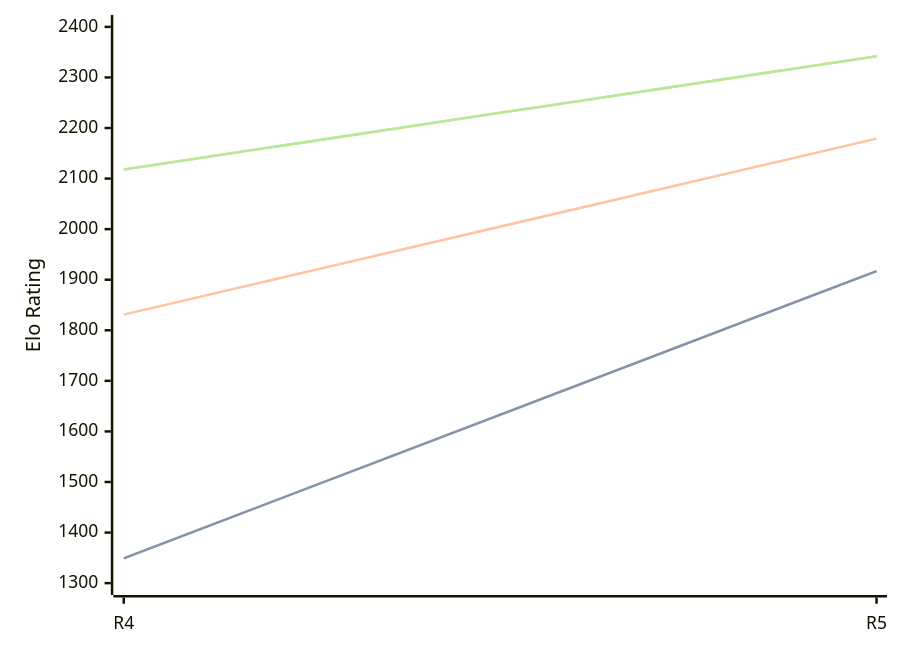
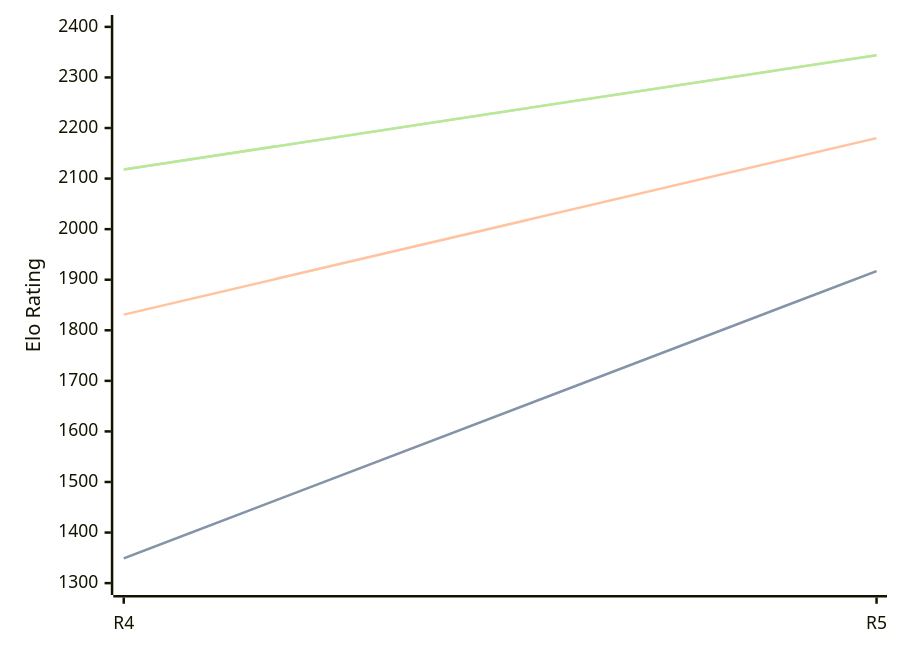
The diagram in engines/Viking.md (computer-chess-index/cci), drawn with Mermaid before and after one commit. The commit also changed other lines of this file, not shown here.

Commit message:
Update CCI Ratings (ELO VLTC) - 2026-09-01

````diff
--- a/engines/Viking.md
+++ b/engines/Viking.md
@@ -35,11 +35,11 @@
 ```mermaid
 %%{init: {"theme":"base","themeVariables":{"seriesColors:['#a3a3a3','#222221','#faa371']}}}%%
 xychart-beta
   x-axis ["R4", "R5"]
   y-axis "Elo Rating" 1300 --> 2400
   line "" [1349, 1917]
   line "STC (8.0+0.08s)" [1349, 1917]
-  line "LTC (60.0+0.60s)" [1831, 2179]
-  line "" [2118, 2342]
-  line "VLTC (2m24s+1.12s)" [2118, 2342]
+  line "LTC (60.0+0.60s)" [1831, 2180]
+  line "" [2118, 2344]
+  line "VLTC (2m24s+1.12s)" [2118, 2344]
 ```
````
